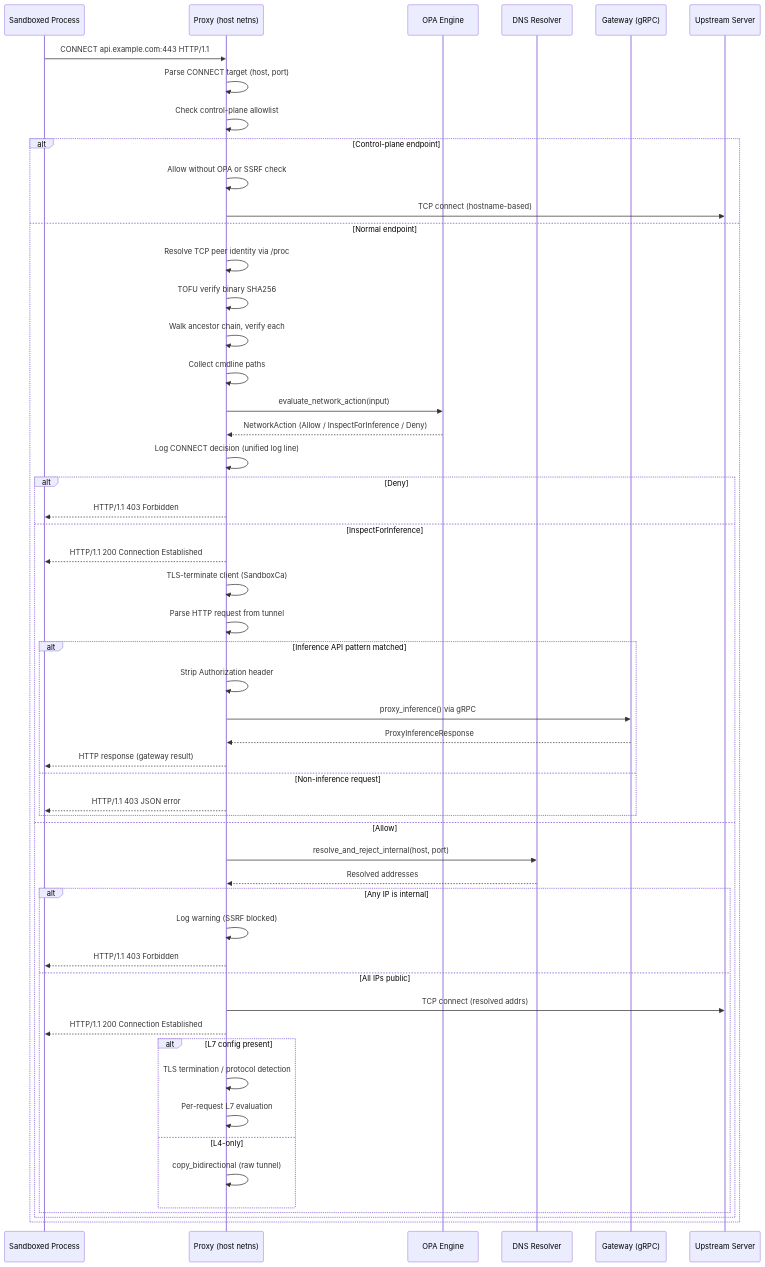
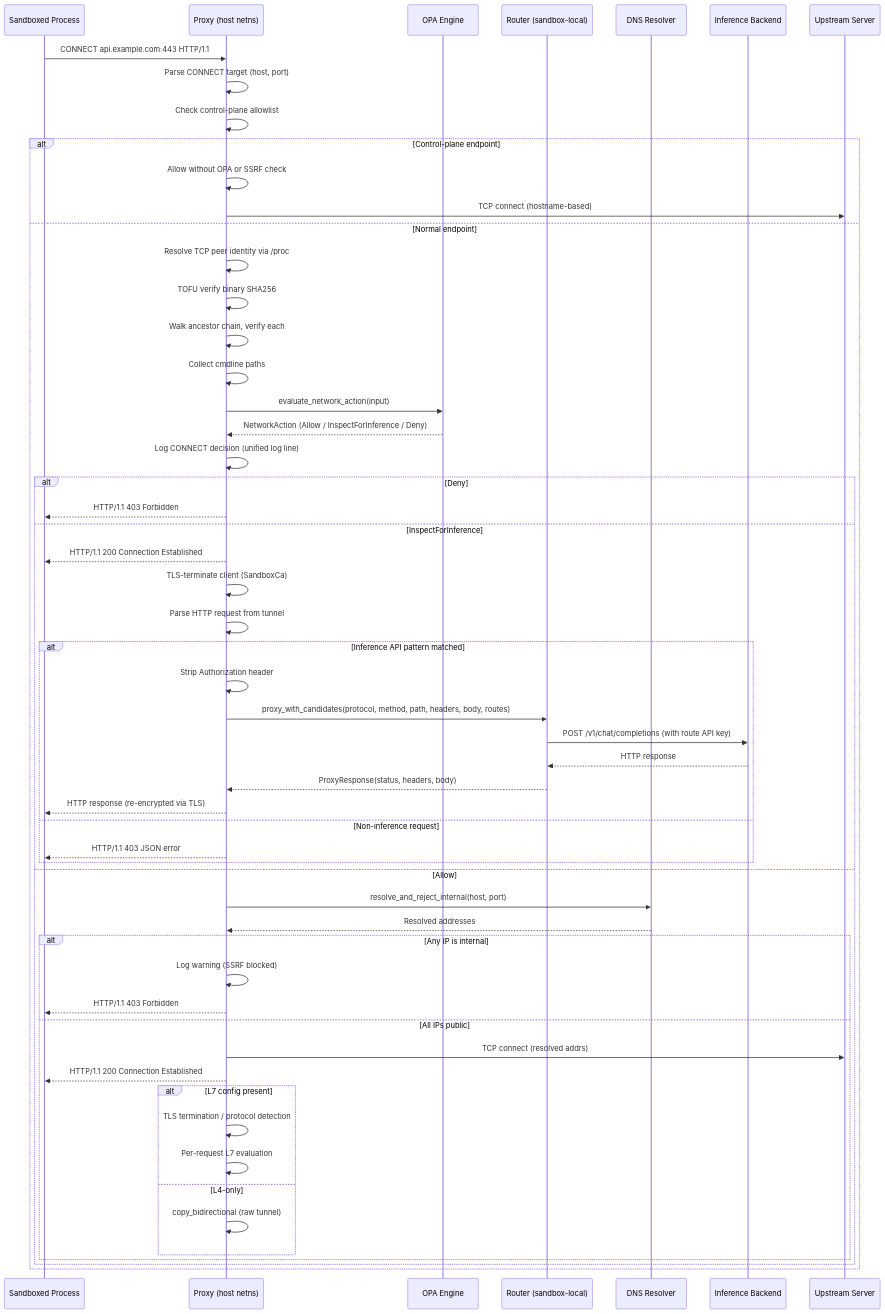
The third of 7 diagrams in architecture/sandbox.md (NVIDIA/OpenShell), drawn with Mermaid before and after one commit. The commit also changed other lines of this file and 23 other files, not shown here.

First line of the commit message:
feat(sandbox): move inference execution to sandbox-local routing (!79) (!52)

````diff
--- a/architecture/sandbox.md
+++ b/architecture/sandbox.md
@@ -394,56 +395,59 @@
 ```mermaid
 sequenceDiagram
     participant S as Sandboxed Process
     participant P as Proxy (host netns)
     participant O as OPA Engine
+    participant R as Router (sandbox-local)
     participant DNS as DNS Resolver
-    participant GW as Gateway (gRPC)
+    participant Backend as Inference Backend
     participant U as Upstream Server
 
     S->>P: CONNECT api.example.com:443 HTTP/1.1
     P->>P: Parse CONNECT target (host, port)
     P->>P: Check control-plane allowlist
     alt Control-plane endpoint
         P->>P: Allow without OPA or SSRF check
         P->>U: TCP connect (hostname-based)
     else Normal endpoint
         P->>P: Resolve TCP peer identity via /proc
         P->>P: TOFU verify binary SHA256
         P->>P: Walk ancestor chain, verify each
         P->>P: Collect cmdline paths
         P->>O: evaluate_network_action(input)
         O-->>P: NetworkAction (Allow / InspectForInference / Deny)
         P->>P: Log CONNECT decision (unified log line)
         alt Deny
             P-->>S: HTTP/1.1 403 Forbidden
         else InspectForInference
             P-->>S: HTTP/1.1 200 Connection Established
             P->>P: TLS-terminate client (SandboxCa)
             P->>P: Parse HTTP request from tunnel
             alt Inference API pattern matched
                 P->>P: Strip Authorization header
-                P->>GW: proxy_inference() via gRPC
-                GW-->>P: ProxyInferenceResponse
-                P-->>S: HTTP response (gateway result)
+                P->>R: proxy_with_candidates(protocol, method, path, headers, body, routes)
+                R->>Backend: POST /v1/chat/completions (with route API key)
+                Backend-->>R: HTTP response
+                R-->>P: ProxyResponse(status, headers, body)
+                P-->>S: HTTP response (re-encrypted via TLS)
             else Non-inference request
                 P-->>S: HTTP/1.1 403 JSON error
             end
         else Allow
             P->>DNS: resolve_and_reject_internal(host, port)
             DNS-->>P: Resolved addresses
             alt Any IP is internal
                 P->>P: Log warning (SSRF blocked)
                 P-->>S: HTTP/1.1 403 Forbidden
             else All IPs public
                 P->>U: TCP connect (resolved addrs)
                 P-->>S: HTTP/1.1 200 Connection Established
                 alt L7 config present
                     P->>P: TLS termination / protocol detection
                     P->>P: Per-request L7 evaluation
                 else L4-only
                     P->>P: copy_bidirectional (raw tunnel)
                 end
             end
         end
     end
 ```
````
